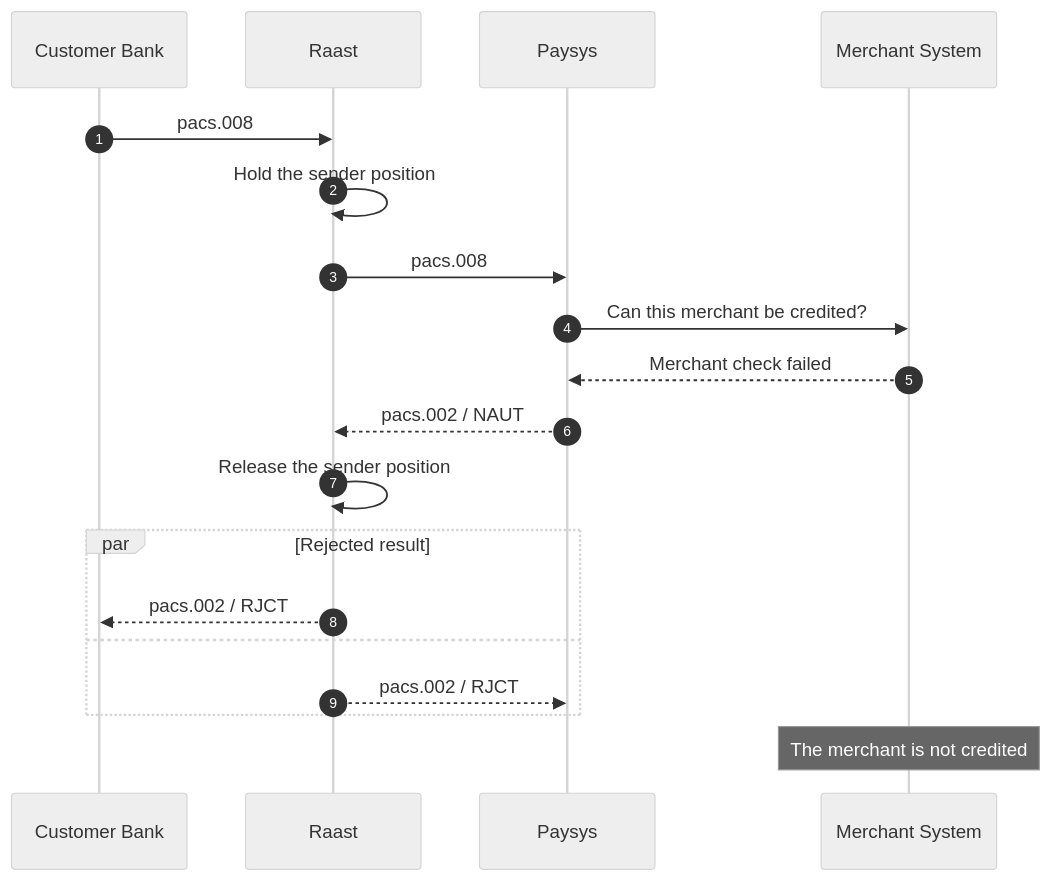
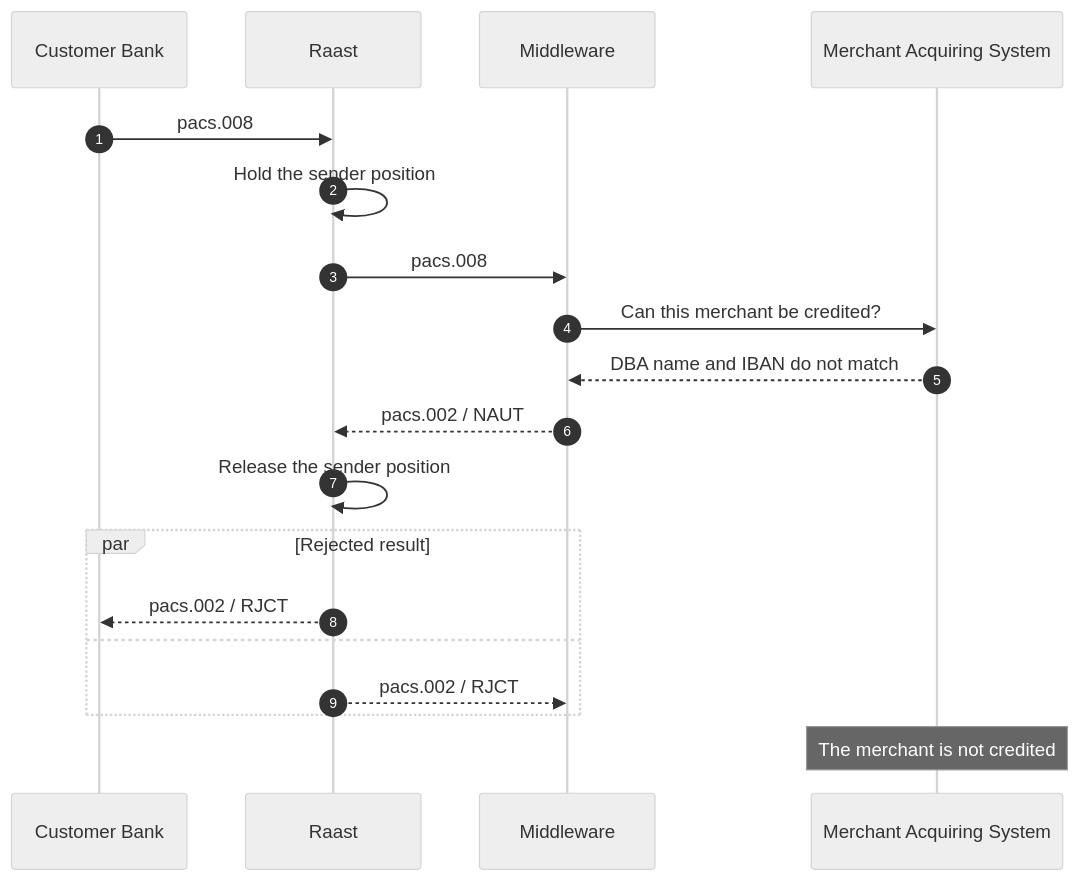
The fourth of 8 diagrams in modules/04-p2m-acquiring/04_Raast_P2M_Acquiring_Overview.md (HuzaifaTanzeel/raast-training-public), drawn with Mermaid (neutral theme) before and after one commit. The commit also changed other lines of this file and 5 other files, not shown here.

````diff
--- a/modules/04-p2m-acquiring/04_Raast_P2M_Acquiring_Overview.md
+++ b/modules/04-p2m-acquiring/04_Raast_P2M_Acquiring_Overview.md
@@ -129,22 +148,22 @@
 ```mermaid
 sequenceDiagram
     autonumber
     participant IB as Customer Bank
     participant R as Raast
-    participant P as Paysys
-    participant MS as Merchant System
+    participant MW as Middleware
+    participant MAS as Merchant Acquiring System
 
     IB->>R: pacs.008
     R->>R: Hold the sender position
-    R->>P: pacs.008
-    P->>MS: Can this merchant be credited?
-    MS-->>P: Merchant check failed
-    P-->>R: pacs.002 / NAUT
+    R->>MW: pacs.008
+    MW->>MAS: Can this merchant be credited?
+    MAS-->>MW: DBA name and IBAN do not match
+    MW-->>R: pacs.002 / NAUT
     R->>R: Release the sender position
     par Rejected result
         R-->>IB: pacs.002 / RJCT
     and
-        R-->>P: pacs.002 / RJCT
+        R-->>MW: pacs.002 / RJCT
     end
-    Note over MS: The merchant is not credited
+    Note over MAS: The merchant is not credited
 ```
````
